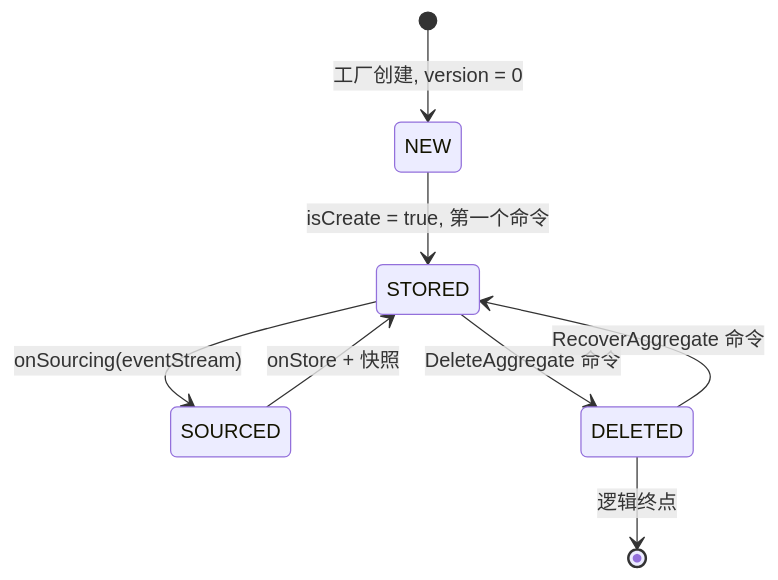
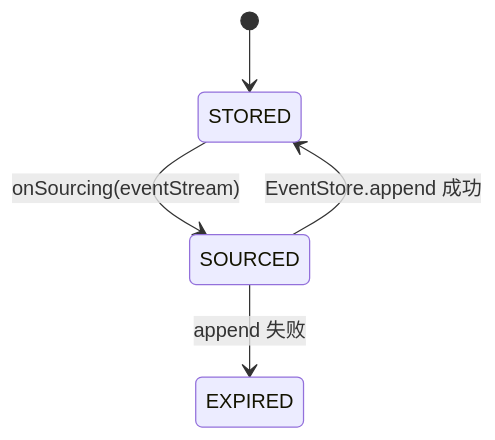
One commit to Ahoo-Wang/Wow changed the second of 2 diagrams in documentation/docs/zh/guide/advanced/aggregate-lifecycle.md. Above: the diagram before and after it, drawn with Mermaid. The commit also changed other lines of this file and 166 other files, not shown here.

````diff
--- a/documentation/docs/zh/guide/advanced/aggregate-lifecycle.md
+++ b/documentation/docs/zh/guide/advanced/aggregate-lifecycle.md
@@ -29,10 +56,7 @@
 ```mermaid
 stateDiagram-v2
-    [*] --> NEW : 工厂创建, version = 0
-    NEW --> STORED : isCreate = true, 第一个命令
-    STORED --> SOURCED : onSourcing(eventStream)
-    SOURCED --> STORED : onStore + 快照
-    STORED --> DELETED : DeleteAggregate 命令
-    DELETED --> STORED : RecoverAggregate 命令
-    DELETED --> [*] : 逻辑终点
+    [*] --> STORED
+    STORED --> SOURCED: onSourcing(eventStream)
+    SOURCED --> STORED: EventStore.append 成功
+    SOURCED --> EXPIRED: append 失败
 ```
````
